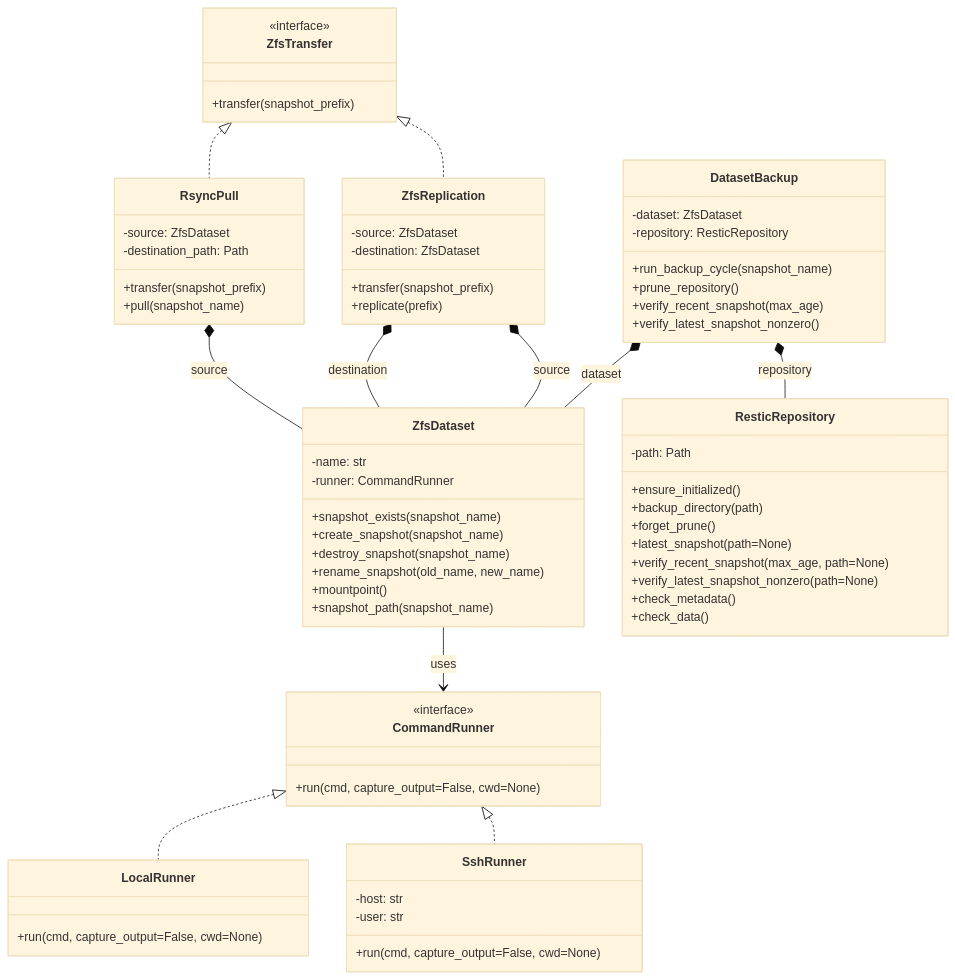
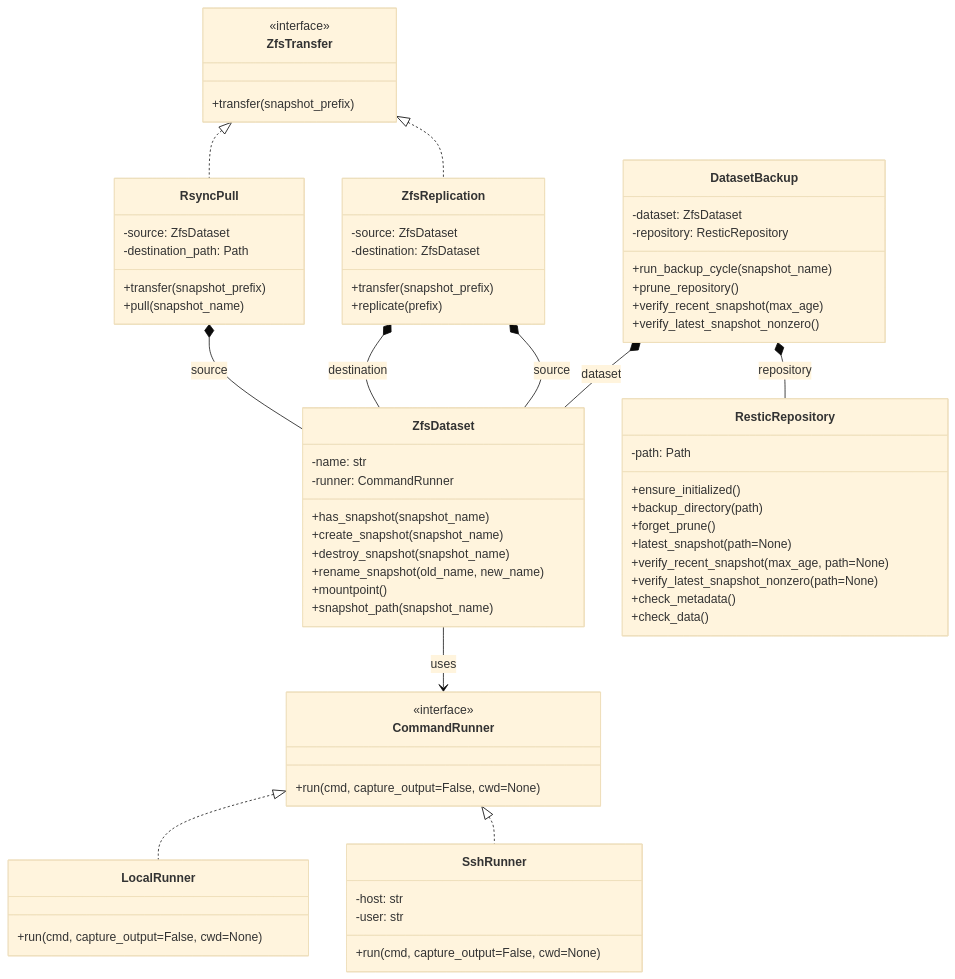
Before and after one commit to franco-ruggeri/nix-config: the diagram in python/homelab-backup/docs/design.md, drawn with Mermaid (base theme). The commit also changed other lines of this file and 2 other files, not shown here.

Commit message:
refactor(homelab-backup): rename snapshot_exists to has_snapshot

````diff
--- a/python/homelab-backup/docs/design.md
+++ b/python/homelab-backup/docs/design.md
@@ -5,80 +5,80 @@
 ```mermaid
 classDiagram
   class CommandRunner {
     <<interface>>
     +run(cmd, capture_output=False, cwd=None)
   }
 
   class LocalRunner {
     +run(cmd, capture_output=False, cwd=None)
   }
 
   class SshRunner {
     -host: str
     -user: str
     +run(cmd, capture_output=False, cwd=None)
   }
 
   class ZfsDataset {
     -name: str
     -runner: CommandRunner
-    +snapshot_exists(snapshot_name)
+    +has_snapshot(snapshot_name)
     +create_snapshot(snapshot_name)
     +destroy_snapshot(snapshot_name)
     +rename_snapshot(old_name, new_name)
     +mountpoint()
     +snapshot_path(snapshot_name)
   }
 
   class ResticRepository {
     -path: Path
     +ensure_initialized()
     +backup_directory(path)
     +forget_prune()
     +latest_snapshot(path=None)
     +verify_recent_snapshot(max_age, path=None)
     +verify_latest_snapshot_nonzero(path=None)
     +check_metadata()
     +check_data()
   }
 
   class DatasetBackup {
     -dataset: ZfsDataset
     -repository: ResticRepository
     +run_backup_cycle(snapshot_name)
     +prune_repository()
     +verify_recent_snapshot(max_age)
     +verify_latest_snapshot_nonzero()
   }
 
   class ZfsTransfer {
     <<interface>>
     +transfer(snapshot_prefix)
   }
 
   class ZfsReplication {
     -source: ZfsDataset
     -destination: ZfsDataset
     +transfer(snapshot_prefix)
     +replicate(prefix)
   }
 
   class RsyncPull {
     -source: ZfsDataset
     -destination_path: Path
     +transfer(snapshot_prefix)
     +pull(snapshot_name)
   }
 
   CommandRunner <|.. LocalRunner
   CommandRunner <|.. SshRunner
   ZfsTransfer <|.. ZfsReplication
   ZfsTransfer <|.. RsyncPull
 
   ZfsDataset --> CommandRunner : uses
   DatasetBackup *-- ZfsDataset : dataset
   DatasetBackup *-- ResticRepository : repository
   ZfsReplication *-- ZfsDataset : source
   ZfsReplication *-- ZfsDataset : destination
   RsyncPull *-- ZfsDataset : source
 ```
````
